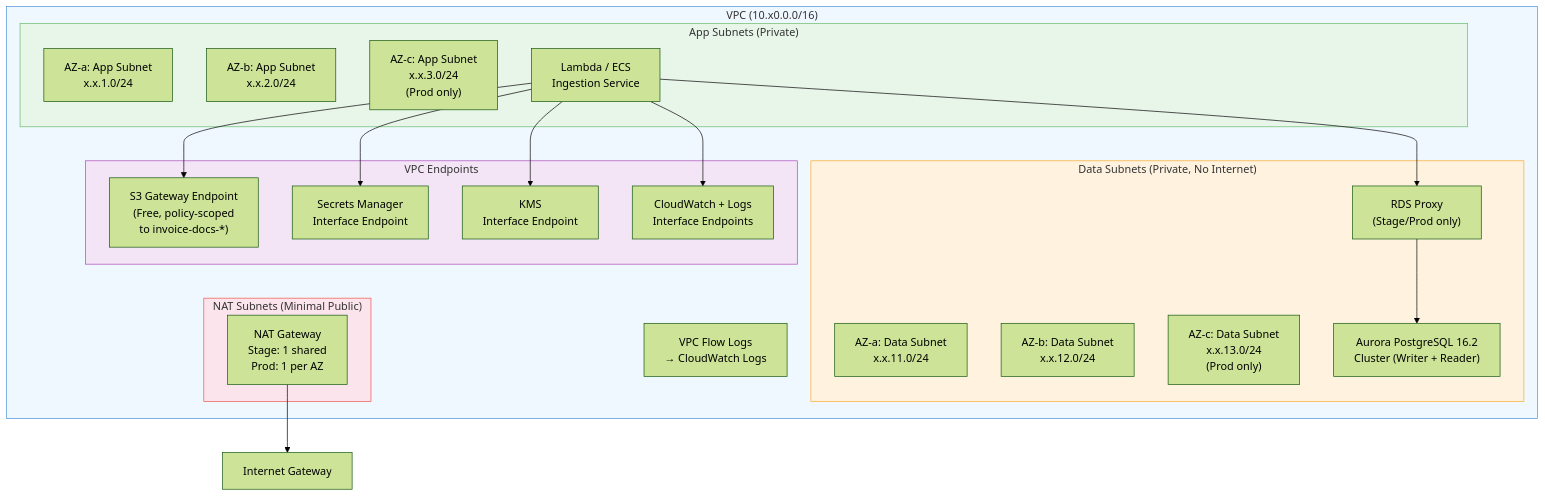
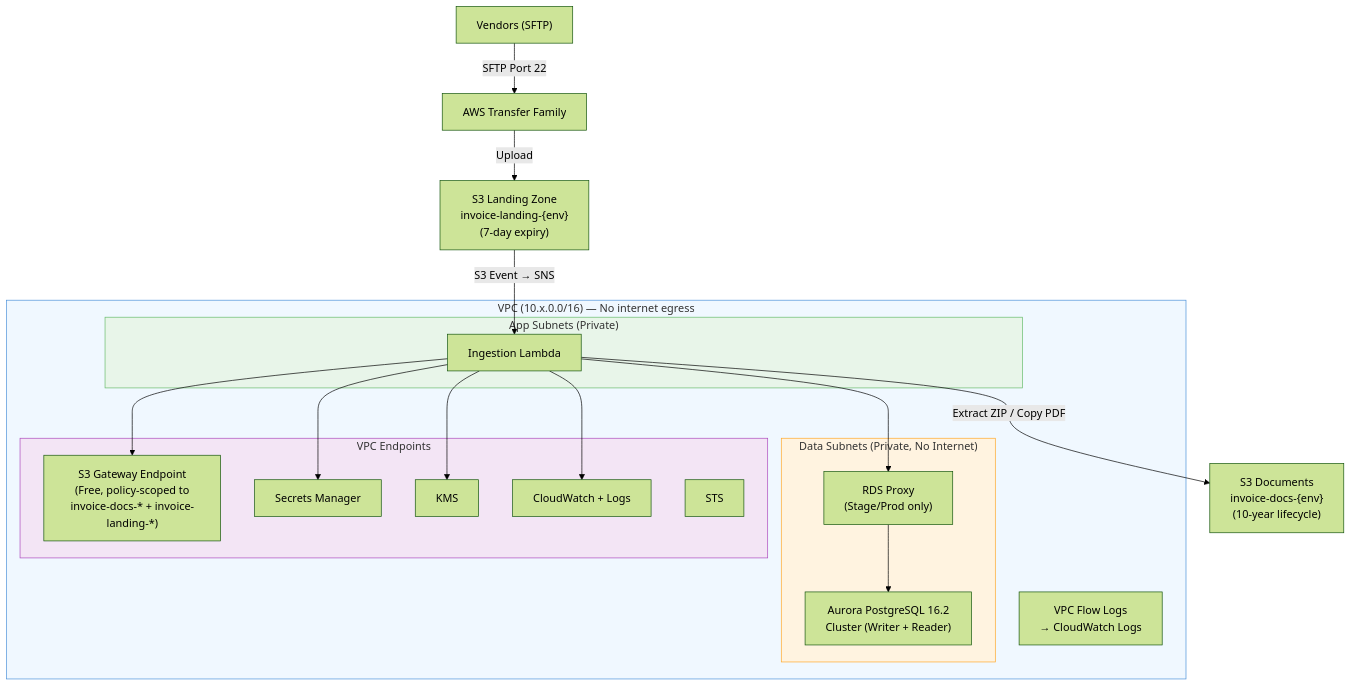
One commit to kumarmedasani/invoice-document-storage changed the first of 10 diagrams in docs/ARCHITECTURE.md. Above: the diagram before and after it, drawn with Mermaid (forest theme). The commit also changed other lines of this file and 7 other files, not shown here.

First line of the commit message:
Update all documentation for two-bucket landing zone design

````diff
--- a/docs/ARCHITECTURE.md
+++ b/docs/ARCHITECTURE.md
@@ -32,42 +32,37 @@
 ```mermaid
 graph TD
-    subgraph VPC["VPC (10.x0.0.0/16)"]
+    Vendors["Vendors (SFTP)"] -->|SFTP Port 22| SFTP["AWS Transfer Family"]
+    SFTP -->|Upload| Landing["S3 Landing Zone<br/>invoice-landing-{env}<br/>(7-day expiry)"]
+    Landing -->|S3 Event → SNS| Lambda
+
+    subgraph VPC["VPC (10.x.0.0/16) — No internet egress"]
         subgraph AppSubnets["App Subnets (Private)"]
-            AZa_App["AZ-a: App Subnet<br/>x.x.1.0/24"]
-            AZb_App["AZ-b: App Subnet<br/>x.x.2.0/24"]
-            AZc_App["AZ-c: App Subnet<br/>x.x.3.0/24<br/>(Prod only)"]
-            Lambda["Lambda / ECS<br/>Ingestion Service"]
+            Lambda["Ingestion Lambda"]
         end
         subgraph DataSubnets["Data Subnets (Private, No Internet)"]
-            AZa_Data["AZ-a: Data Subnet<br/>x.x.11.0/24"]
-            AZb_Data["AZ-b: Data Subnet<br/>x.x.12.0/24"]
-            AZc_Data["AZ-c: Data Subnet<br/>x.x.13.0/24<br/>(Prod only)"]
             Aurora["Aurora PostgreSQL 16.2<br/>Cluster (Writer + Reader)"]
             Proxy["RDS Proxy<br/>(Stage/Prod only)"]
         end
         subgraph Endpoints["VPC Endpoints"]
-            S3EP["S3 Gateway Endpoint<br/>(Free, policy-scoped<br/>to invoice-docs-*)"]
-            SMEP["Secrets Manager<br/>Interface Endpoint"]
-            KMSEP["KMS<br/>Interface Endpoint"]
-            CWEP["CloudWatch + Logs<br/>Interface Endpoints"]
-        end
-        subgraph NAT_Subnet["NAT Subnets (Minimal Public)"]
-            NAT["NAT Gateway<br/>Stage: 1 shared<br/>Prod: 1 per AZ"]
+            S3EP["S3 Gateway Endpoint<br/>(Free, policy-scoped to<br/>invoice-docs-* + invoice-landing-*)"]
+            SMEP["Secrets Manager"]
+            KMSEP["KMS"]
+            CWEP["CloudWatch + Logs"]
+            STSEP["STS"]
         end
         FlowLogs["VPC Flow Logs<br/>→ CloudWatch Logs"]
     end
 
+    Lambda -->|"Extract ZIP / Copy PDF"| Docs["S3 Documents<br/>invoice-docs-{env}<br/>(10-year lifecycle)"]
     Lambda --> S3EP
     Lambda --> SMEP
     Lambda --> KMSEP
     Lambda --> Proxy
     Proxy --> Aurora
     Lambda --> CWEP
-    NAT --> IGW["Internet Gateway"]
 
     style VPC fill:#f0f8ff,stroke:#4a90d9
     style AppSubnets fill:#e8f5e9,stroke:#66bb6a
     style DataSubnets fill:#fff3e0,stroke:#ffa726
     style Endpoints fill:#f3e5f5,stroke:#ab47bc
-    style NAT_Subnet fill:#fce4ec,stroke:#ef5350
 ```
````
